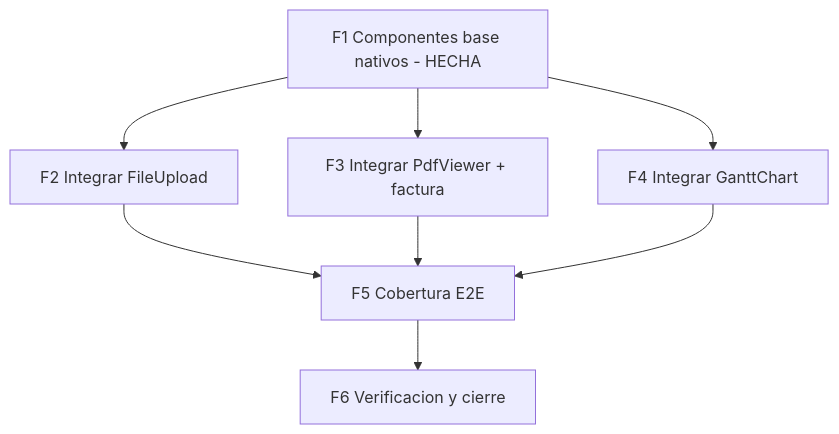
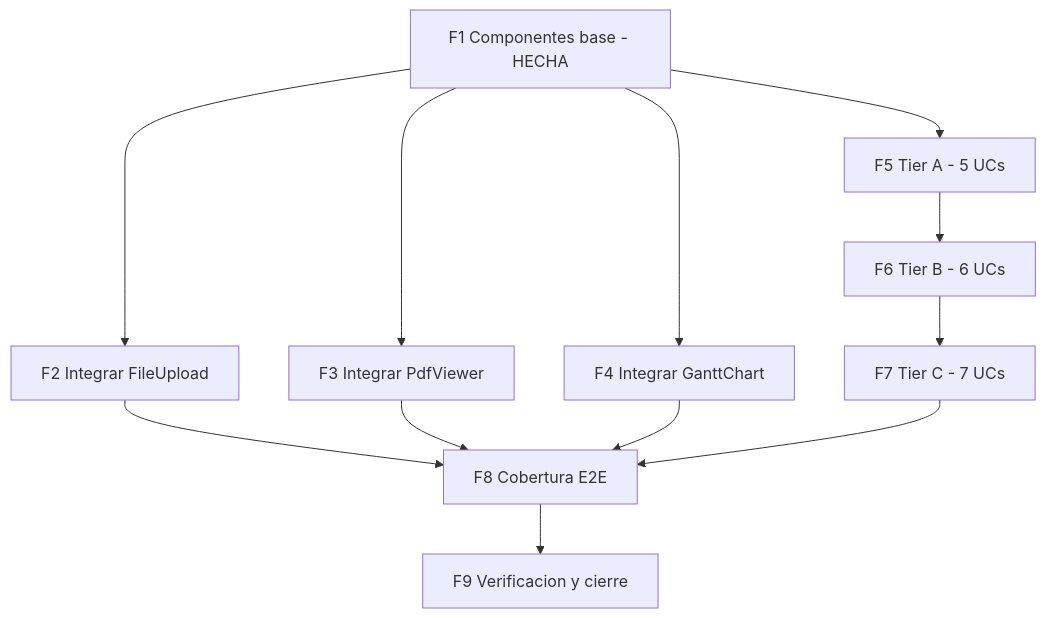
The diagram in docs/pm/iniciativas/adaptar-componentes-kno-react/plan-componentes-nativos.md (jcg-admin/template-ecommerce-ui), drawn with Mermaid before and after one commit. The commit also changed other lines of this file and 3 other files, not shown here.

````diff
--- a/docs/pm/iniciativas/adaptar-componentes-kno-react/plan-componentes-nativos.md
+++ b/docs/pm/iniciativas/adaptar-componentes-kno-react/plan-componentes-nativos.md
@@ -10,10 +14,14 @@
 ```mermaid
 flowchart TD
-  F1[F1 Componentes base nativos - HECHA] --> F2[F2 Integrar FileUpload]
-  F1 --> F3[F3 Integrar PdfViewer + factura]
+  F1[F1 Componentes base - HECHA] --> F2[F2 Integrar FileUpload]
+  F1 --> F3[F3 Integrar PdfViewer]
   F1 --> F4[F4 Integrar GanttChart]
-  F2 --> F5[F5 Cobertura E2E]
-  F3 --> F5
-  F4 --> F5
-  F5 --> F6[F6 Verificacion y cierre]
+  F2 --> F8[F8 Cobertura E2E]
+  F3 --> F8
+  F4 --> F8
+  F1 --> F5[F5 Tier A - 5 UCs]
+  F5 --> F6[F6 Tier B - 6 UCs]
+  F6 --> F7[F7 Tier C - 7 UCs]
+  F7 --> F8
+  F8 --> F9[F9 Verificacion y cierre]
 ```
````
